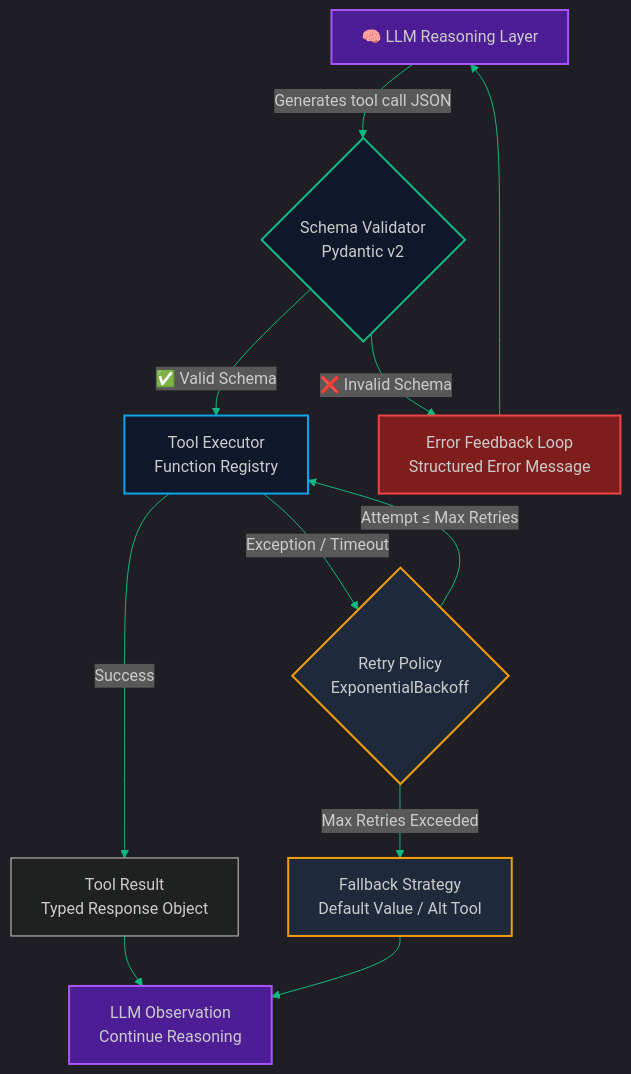
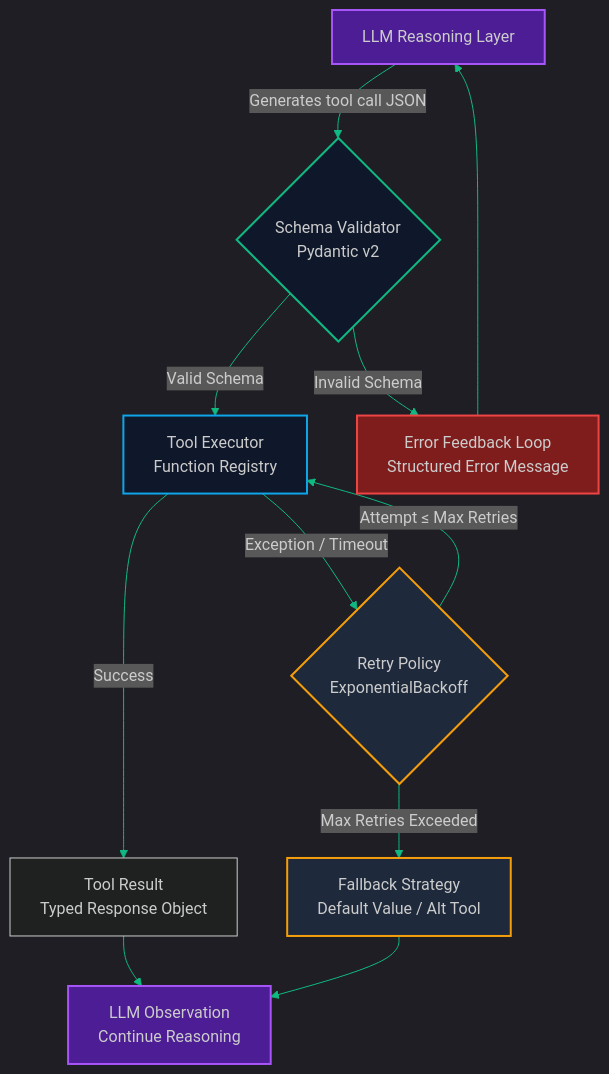
The first of 2 diagrams in blog/posts/tool-calling-contracts-error-recovery.md (akmalkhaniub/akmalkhaniub.github.io), drawn with Mermaid before and after one commit. The commit also changed other lines of this file and 411 other files, not shown here.

````diff
--- a/blog/posts/tool-calling-contracts-error-recovery.md
+++ b/blog/posts/tool-calling-contracts-error-recovery.md
@@ -23,26 +23,26 @@
 ```mermaid
 %%{init: {'theme': 'dark', 'themeVariables': { 'primaryColor': '#10b981', 'primaryTextColor': '#f3f4f6', 'primaryBorderColor': '#34d399', 'lineColor': '#10b981', 'secondaryColor': '#111827', 'tertiaryColor': '#0f172a'}}}%%
 flowchart TD
-    A[🧠 LLM Reasoning Layer] -->|Generates tool call JSON| B{Schema Validator<br/>Pydantic v2}
+    A[ LLM Reasoning Layer] -->|Generates tool call JSON| B{Schema Validator<br/>Pydantic v2}
     
-    B -->|✅ Valid Schema| C[Tool Executor<br/>Function Registry]
-    B -->|❌ Invalid Schema| D[Error Feedback Loop<br/>Structured Error Message]
+    B -->|Valid Schema| C[Tool Executor<br/>Function Registry]
+    B -->|Invalid Schema| D[Error Feedback Loop<br/>Structured Error Message]
     D --> A
 
     C -->|Success| E[Tool Result<br/>Typed Response Object]
     C -->|Exception / Timeout| F{Retry Policy<br/>ExponentialBackoff}
     
     F -->|Attempt ≤ Max Retries| C
     F -->|Max Retries Exceeded| G[Fallback Strategy<br/>Default Value / Alt Tool]
     
     E --> H[LLM Observation<br/>Continue Reasoning]
     G --> H
 
     style A fill:#4c1d95,stroke:#a855f7,stroke-width:2px
     style B fill:#0f172a,stroke:#10b981,stroke-width:2px
     style C fill:#0f172a,stroke:#0ea5e9,stroke-width:2px
     style D fill:#7f1d1d,stroke:#ef4444,stroke-width:2px
     style F fill:#1e293b,stroke:#f59e0b,stroke-width:2px
     style G fill:#1e293b,stroke:#f59e0b,stroke-width:2px
     style H fill:#4c1d95,stroke:#a855f7,stroke-width:2px
 ```
````
